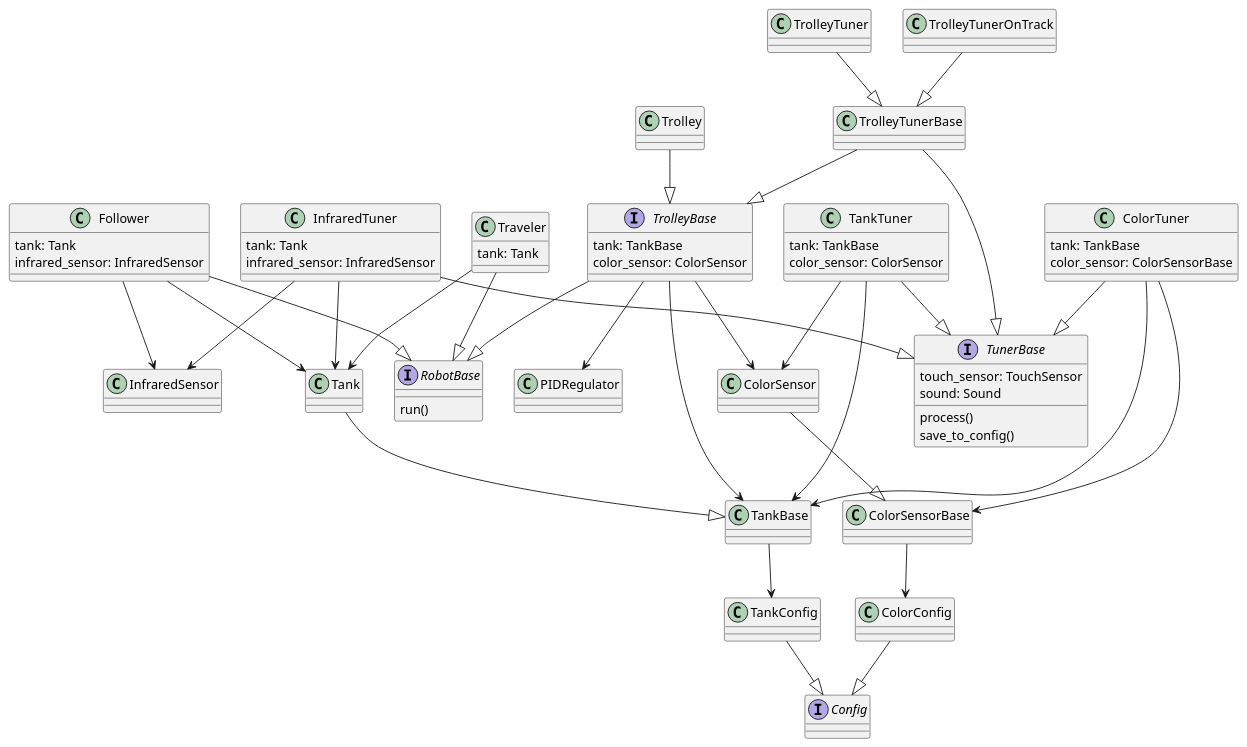
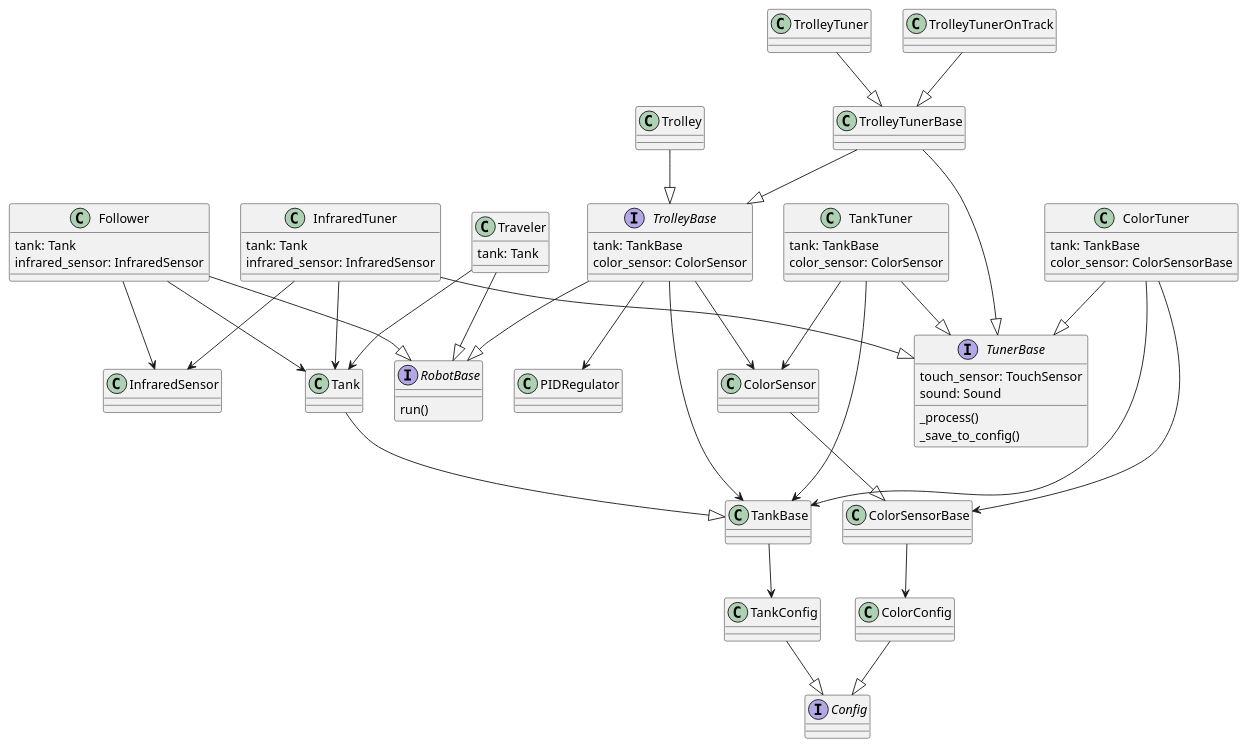
One commit to sirejik/eva changed the diagram in diagrams/class_diagram.puml. Above: the diagram before and after it, drawn with PlantUML. The commit also changed 21 other files, not shown here.

```diff
--- a/diagrams/class_diagram.puml
+++ b/diagrams/class_diagram.puml
@@ -1,111 +1,111 @@
 @startuml
 
 interface Config {
 }
 
 class TankConfig {
 }
 TankConfig --|> Config
 
 class ColorConfig {
 }
 ColorConfig --|> Config
 
 class PIDRegulator {
 }
 
 class ColorSensorBase {
 }
 ColorSensorBase --> ColorConfig
 
 class ColorSensor {
 }
 ColorSensor --|> ColorSensorBase
 
 class InfraredSensor {
 }
 
 class TankBase {
 }
 TankBase --> TankConfig
 
 class Tank {
 }
 Tank --|> TankBase
 
 interface RobotBase {
     run()
 }
 
 interface TrolleyBase {
         tank: TankBase
         color_sensor: ColorSensor
 }
 TrolleyBase --|> RobotBase
 TrolleyBase --> TankBase
 TrolleyBase --> ColorSensor
 TrolleyBase --> PIDRegulator
 
 class Follower {
         tank: Tank
         infrared_sensor: InfraredSensor
 }
 Follower --|> RobotBase
 Follower --> Tank
 Follower --> InfraredSensor
 
 class Traveler {
         tank: Tank
 }
 Traveler --|> RobotBase
 Traveler --> Tank
 
 class Trolley {
 }
 Trolley --|> TrolleyBase
 
 interface TunerBase {
         touch_sensor: TouchSensor
         sound: Sound
-        process()
-        save_to_config()
+        _process()
+        _save_to_config()
 }
 
 class ColorTuner {
         tank: TankBase
         color_sensor: ColorSensorBase
 }
 ColorTuner --|> TunerBase
 ColorTuner --> TankBase
 ColorTuner --> ColorSensorBase
 
 class InfraredTuner {
         tank: Tank
         infrared_sensor: InfraredSensor
 }
 InfraredTuner --|> TunerBase
 InfraredTuner --> Tank
 InfraredTuner --> InfraredSensor
 
 class TankTuner {
         tank: TankBase
         color_sensor: ColorSensor
 }
 TankTuner --|> TunerBase
 TankTuner --> TankBase
 TankTuner --> ColorSensor
 
 class TrolleyTunerBase {
 }
 TrolleyTunerBase --|> TrolleyBase
 TrolleyTunerBase --|> TunerBase
 
 class TrolleyTuner {
 }
 TrolleyTuner --|> TrolleyTunerBase
 
 class TrolleyTunerOnTrack {
 }
 TrolleyTunerOnTrack --|> TrolleyTunerBase
 
 @enduml
```
